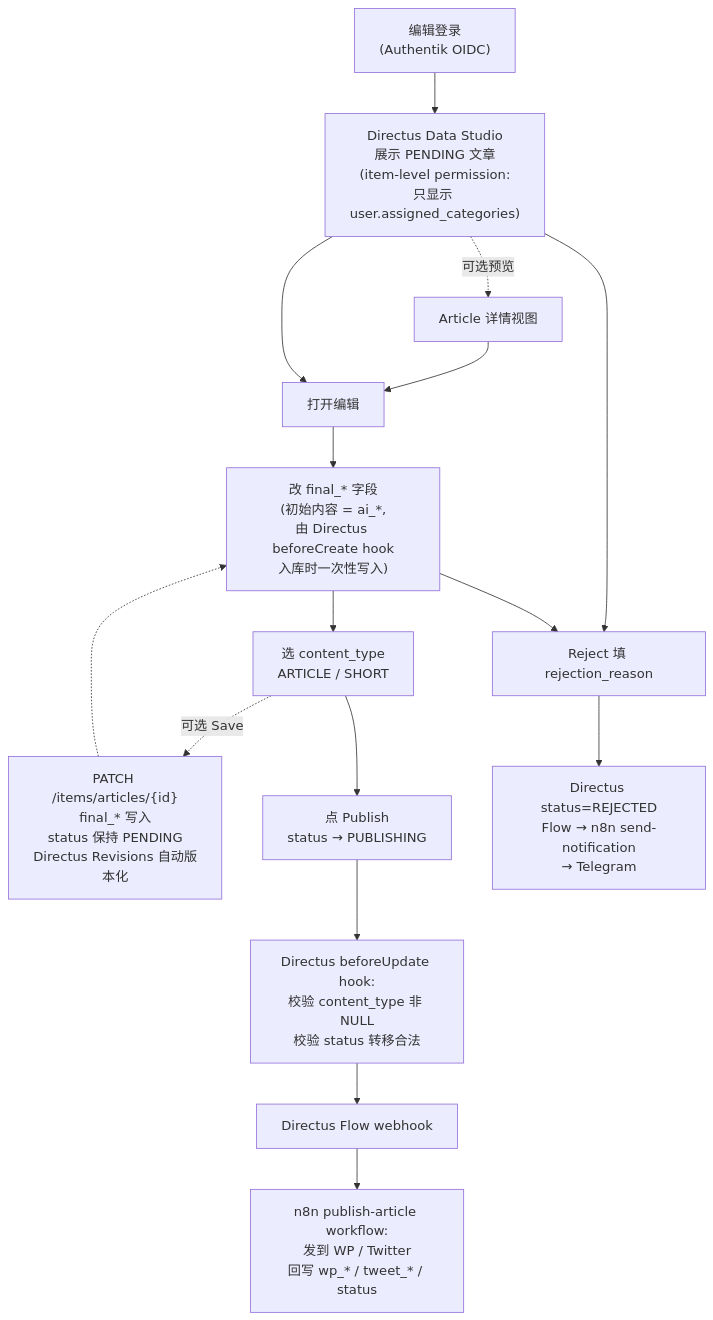
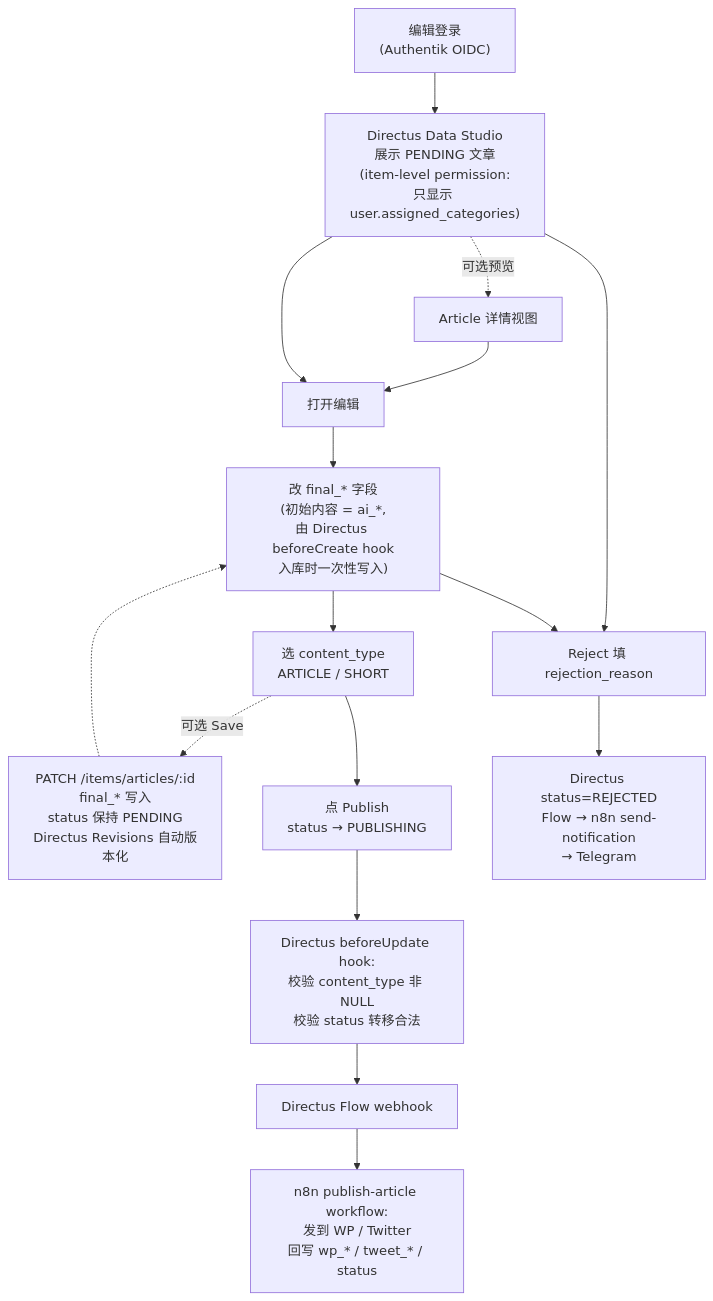
The second of 6 diagrams in docs/hld.md (Guitang0414/Tiffany-Z-Intern-2026), drawn with Mermaid before and after one commit. The commit also changed other lines of this file, not shown here.

````diff
--- a/docs/hld.md
+++ b/docs/hld.md
@@ -336,19 +336,19 @@
 ```mermaid
 flowchart TD
     Login["编辑登录<br/>(Authentik OIDC)"] --> Studio["Directus Data Studio<br/>展示 PENDING 文章<br/>(item-level permission:<br/>只显示 user.assigned_categories)"]
     Studio -.->|可选预览| Preview[Article 详情视图]
     Preview --> Edit[打开编辑]
     Studio --> Edit
     Edit --> Modify["改 final_* 字段<br/>(初始内容 = ai_*,<br/>由 Directus beforeCreate hook<br/>入库时一次性写入)"]
     Modify --> SelectType[选 content_type<br/>ARTICLE / SHORT]
-    SelectType -.->|可选 Save| SaveOp["PATCH /items/articles/{id}<br/>final_* 写入<br/>status 保持 PENDING<br/>Directus Revisions 自动版本化"]
+    SelectType -.->|可选 Save| SaveOp["PATCH /items/articles/:id<br/>final_* 写入<br/>status 保持 PENDING<br/>Directus Revisions 自动版本化"]
     SaveOp -.-> Modify
     SelectType --> Publish[点 Publish<br/>status → PUBLISHING]
     Publish --> Hook["Directus beforeUpdate hook:<br/>校验 content_type 非 NULL<br/>校验 status 转移合法"]
     Hook --> Flow["Directus Flow webhook"]
     Flow --> N8N["n8n publish-article workflow:<br/>发到 WP / Twitter<br/>回写 wp_* / tweet_* / status"]
 
     Studio --> Reject[Reject 填 rejection_reason]
     Modify --> Reject
     Reject --> RejectFlow["Directus status=REJECTED<br/>Flow → n8n send-notification<br/>→ Telegram"]
 ```
````
